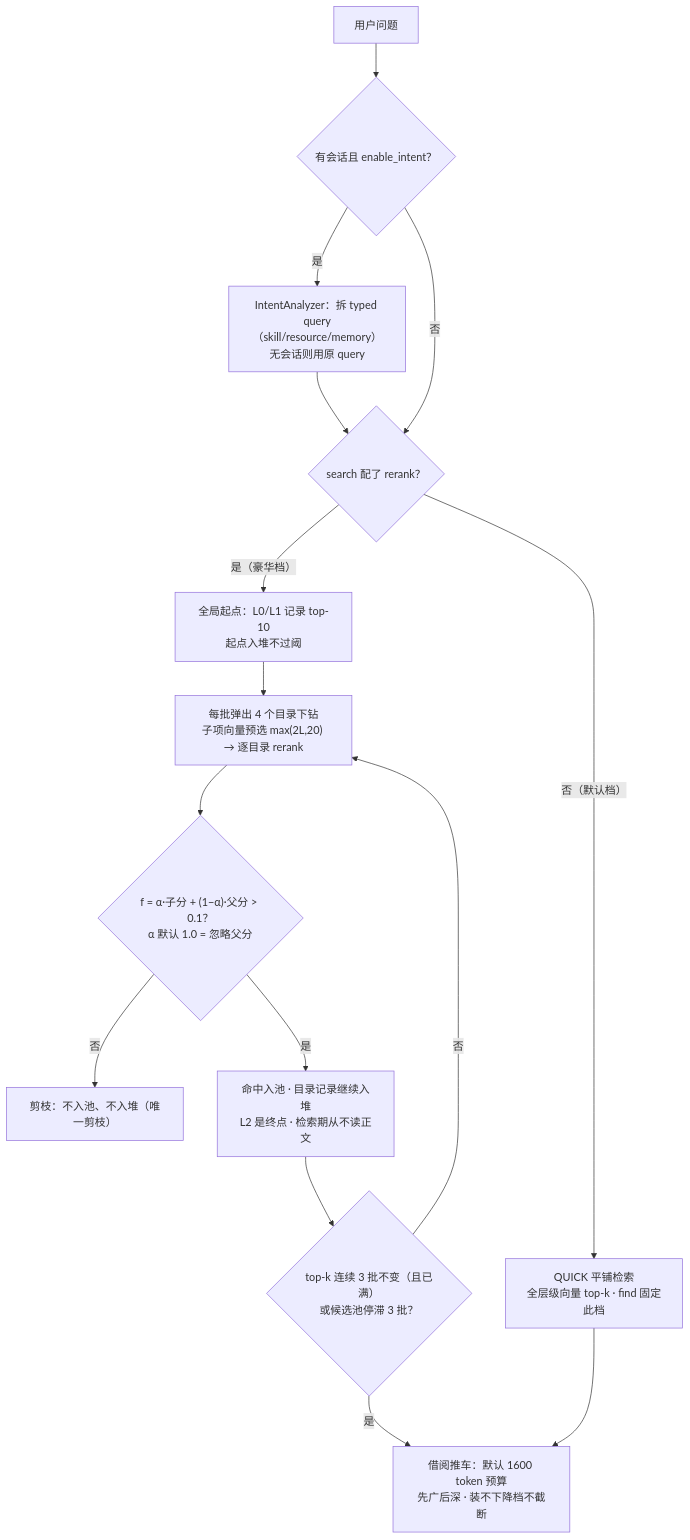
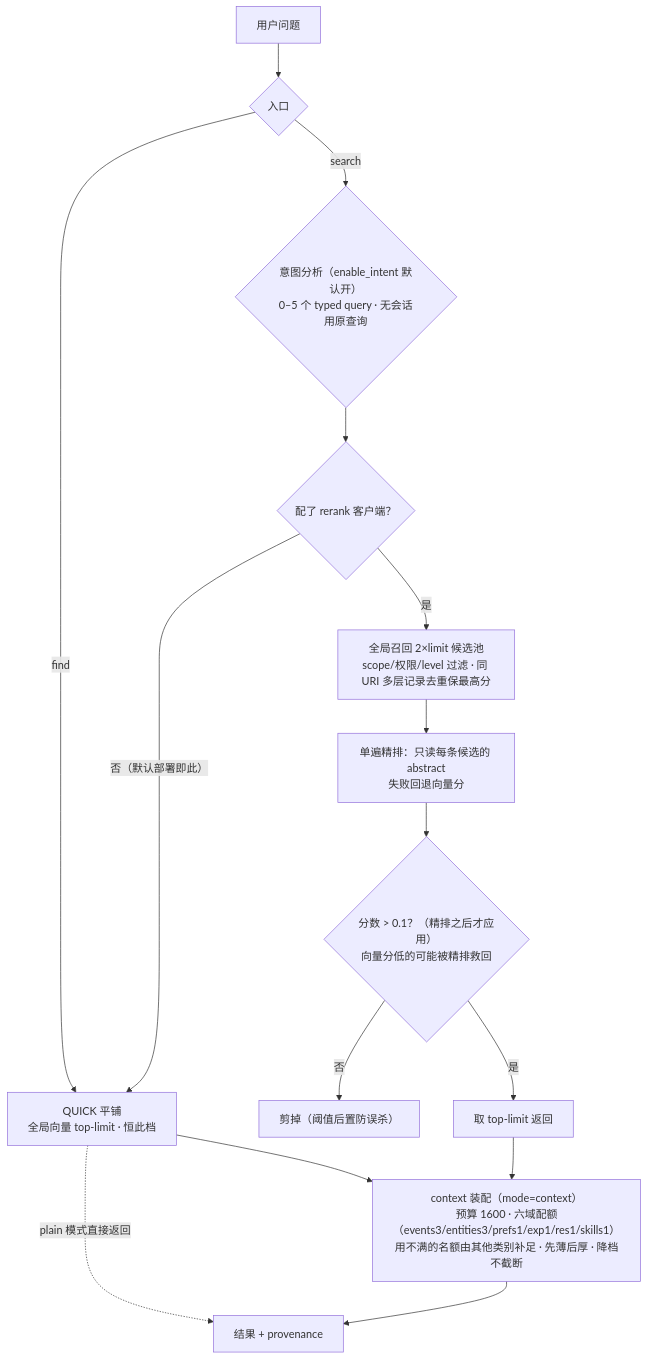
The diagram in docs/assets/mermaid/cognitive-context/openviking--retrieval-phase.mmd (ThreeFish-AI/negentropy), drawn with Mermaid before and after one commit. The commit also changed 30 other files, not shown here.

First line of the commit message:
docs(OpenViking): 014 精读换代重写（钉点 6227af51/v0.5.1.1）+ 检索相三图重绘;

```diff
--- a/docs/assets/mermaid/cognitive-context/openviking--retrieval-phase.mmd
+++ b/docs/assets/mermaid/cognitive-context/openviking--retrieval-phase.mmd
@@ -1,19 +1,20 @@
-%% source: docs/research/cognitive-context/014-openviking.md §5（图 2）
+%% source: docs/research/cognitive-context/014-openviking.md §5（图 2；换代重绘）
 %% slug: openviking--retrieval-phase
 %% type: workflow
 %% derived: docs/assets/architecture/cognitive-context/openviking--retrieval-phase.html
+%% fix: 2026-10-22 上游 #5450（v0.4.23）删除目录递归/父分传播/收敛刹车，本图按钉点 6227af51 全量重绘
 flowchart TD
-  Q["用户问题"] --> HASS{"有会话且 enable_intent？"}
-  HASS -- "是" --> IT["IntentAnalyzer：拆 typed query（skill/resource/memory）<br/>无会话则用原 query"]
-  IT --> MODE{"search 配了 rerank？"}
-  HASS -- "否" --> MODE
-  MODE -- "否（默认档）" --> QUICK["QUICK 平铺检索<br/>全层级向量 top-k · find 固定此档"]
-  MODE -- "是（豪华档）" --> START["全局起点：L0/L1 记录 top-10<br/>起点入堆不过阈"]
-  START --> BATCH["每批弹出 4 个目录下钻<br/>子项向量预选 max(2L,20) → 逐目录 rerank"]
-  BATCH --> PRUNE{"f = α·子分 + (1−α)·父分 &gt; 0.1？<br/>α 默认 1.0 = 忽略父分"}
-  PRUNE -- "否" --> CUT["剪枝：不入池、不入堆（唯一剪枝）"]
-  PRUNE -- "是" --> POOL["命中入池 · 目录记录继续入堆<br/>L2 是终点 · 检索期从不读正文"]
-  POOL --> STOP{"top-k 连续 3 批不变（且已满）<br/>或候选池停滞 3 批？"}
-  STOP -- "否" --> BATCH
-  STOP -- "是" --> ASM["借阅推车：默认 1600 token 预算<br/>先广后深 · 装不下降档不截断"]
-  QUICK --> ASM
+  Q["用户问题"] --> ENTRY{"入口"}
+  ENTRY -- "find" --> QUICK["QUICK 平铺<br/>全局向量 top-limit · 恒此档"]
+  ENTRY -- "search" --> INT{"意图分析（enable_intent 默认开）<br/>0–5 个 typed query · 无会话用原查询"}
+  INT --> MODE{"配了 rerank 客户端？"}
+  MODE -- "否（默认部署即此）" --> QUICK
+  MODE -- "是" --> POOL["全局召回 2×limit 候选池<br/>scope/权限/level 过滤 · 同 URI 多层记录去重保最高分"]
+  QUICK --> ASM["context 装配（mode=context）<br/>预算 1600 · 六域配额（events3/entities3/prefs1/exp1/res1/skills1）<br/>用不满的名额由其他类别补足 · 先薄后厚 · 降档不截断"]
+  POOL --> RERANK["单遍精排：只读每条候选的 abstract<br/>失败回退向量分"]
+  RERANK --> THRESH{"分数 > 0.1？（精排之后才应用）<br/>向量分低的可能被精排救回"}
+  THRESH -- "否" --> CUT["剪掉（阈值后置防误杀）"]
+  THRESH -- "是" --> TOP["取 top-limit 返回"]
+  TOP --> ASM
+  QUICK -.->|"plain 模式直接返回"| OUT["结果 + provenance"]
+  ASM --> OUT
```
